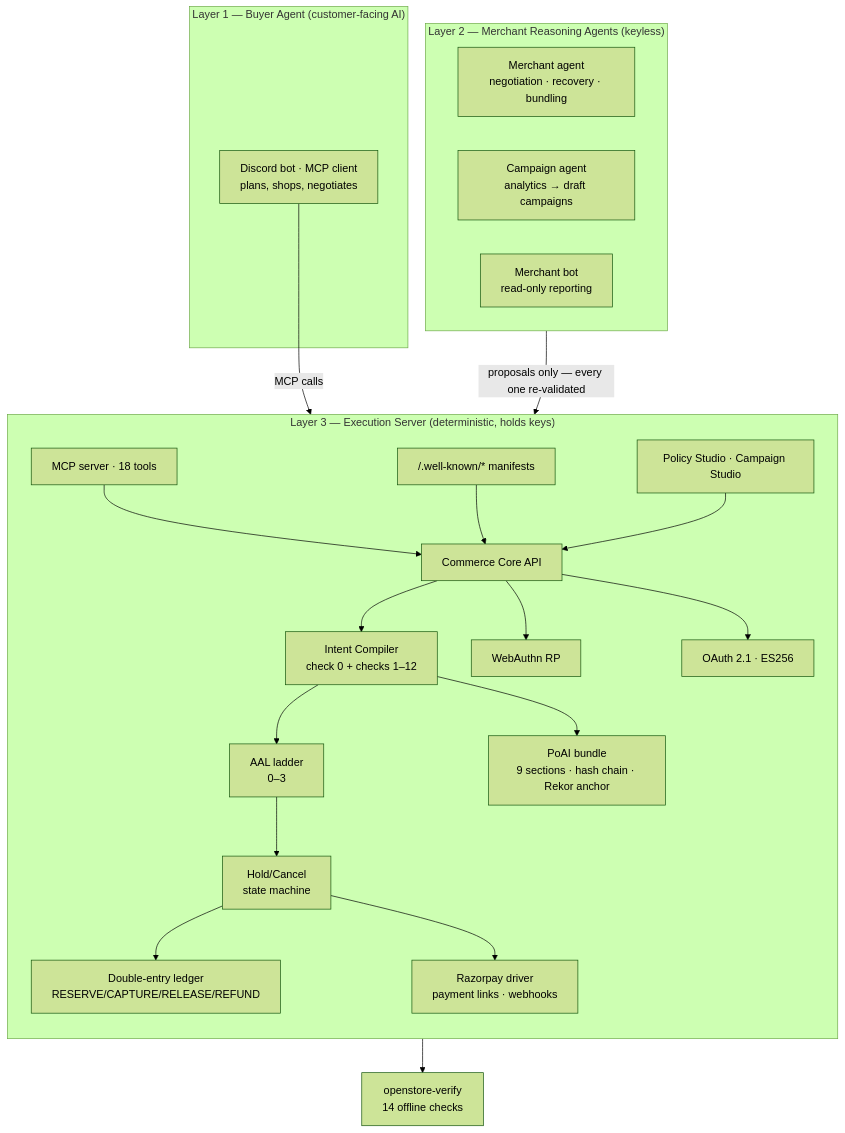
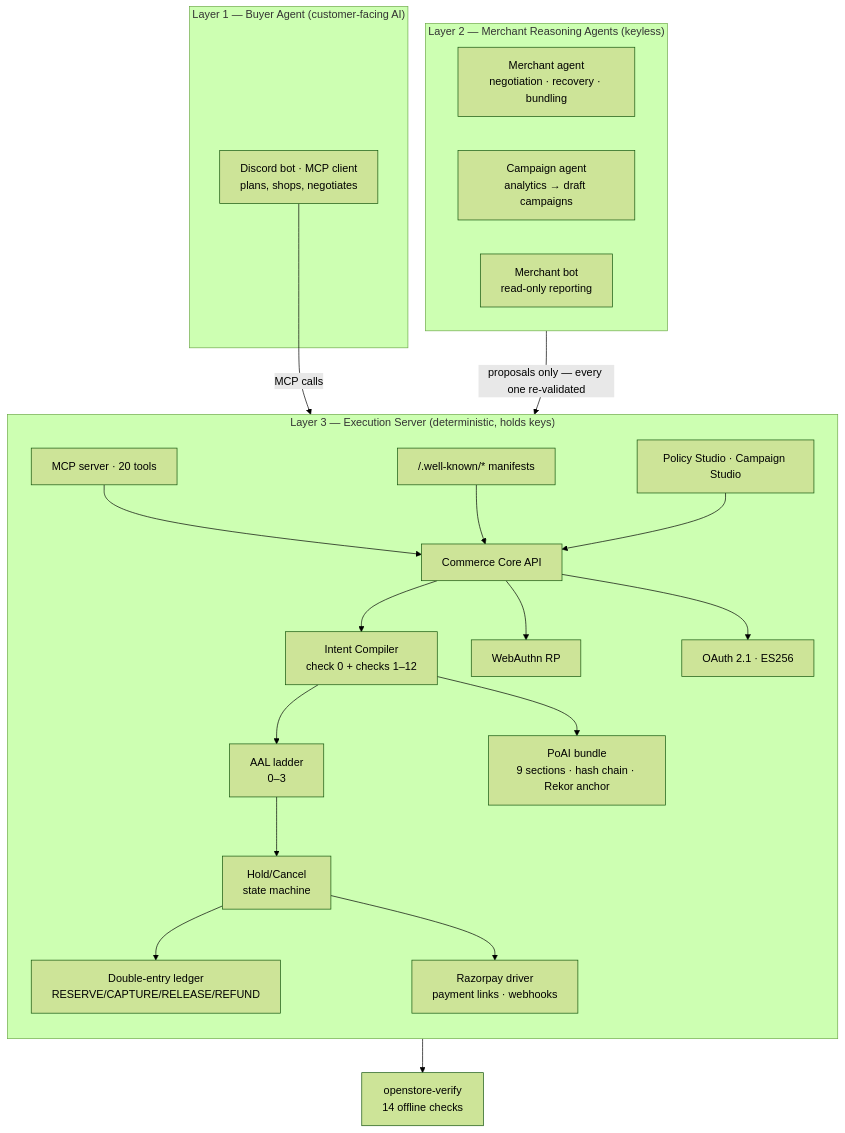
The first of 2 diagrams in README.md (ApxllxCartxr/OpenStore), drawn with Mermaid (forest theme) before and after one commit. The commit also changed other lines of this file and 15 other files, not shown here.

````diff
--- a/README.md
+++ b/README.md
@@ -150,31 +156,31 @@
 ```mermaid
 flowchart TB
     subgraph L1["Layer 1 — Buyer Agent (customer-facing AI)"]
         Buyer["Discord bot · MCP client<br/>plans, shops, negotiates"]
     end
 
     subgraph L2["Layer 2 — Merchant Reasoning Agents (keyless)"]
         Merchant["Merchant agent<br/>negotiation · recovery · bundling"]
         Campaign["Campaign agent<br/>analytics → draft campaigns"]
         Bot["Merchant bot<br/>read-only reporting"]
     end
 
     subgraph L3["Layer 3 — Execution Server (deterministic, holds keys)"]
         direction TB
-        MCP["MCP server · 18 tools"] --> API["Commerce Core API"]
+        MCP["MCP server · 20 tools"] --> API["Commerce Core API"]
         WK["/.well-known/* manifests"] --> API
         Studio["Policy Studio · Campaign Studio"] --> API
         API --> Compiler["Intent Compiler<br/>check 0 + checks 1–12"]
         Compiler --> AAL["AAL ladder<br/>0–3"]
         AAL --> Hold["Hold/Cancel<br/>state machine"]
         Hold --> Ledger["Double-entry ledger<br/>RESERVE/CAPTURE/RELEASE/REFUND"]
         Hold --> RZ["Razorpay driver<br/>payment links · webhooks"]
         Compiler --> POAI["PoAI bundle<br/>9 sections · hash chain · Rekor anchor"]
         API --> WA["WebAuthn RP"]
         API --> OAuth["OAuth 2.1 · ES256"]
     end
 
     Buyer -->|"MCP calls"| MCP
     L2 -->|"proposals only — every one re-validated"| API
     POAI --> Verify["openstore-verify<br/>14 offline checks"]
 ```
````
